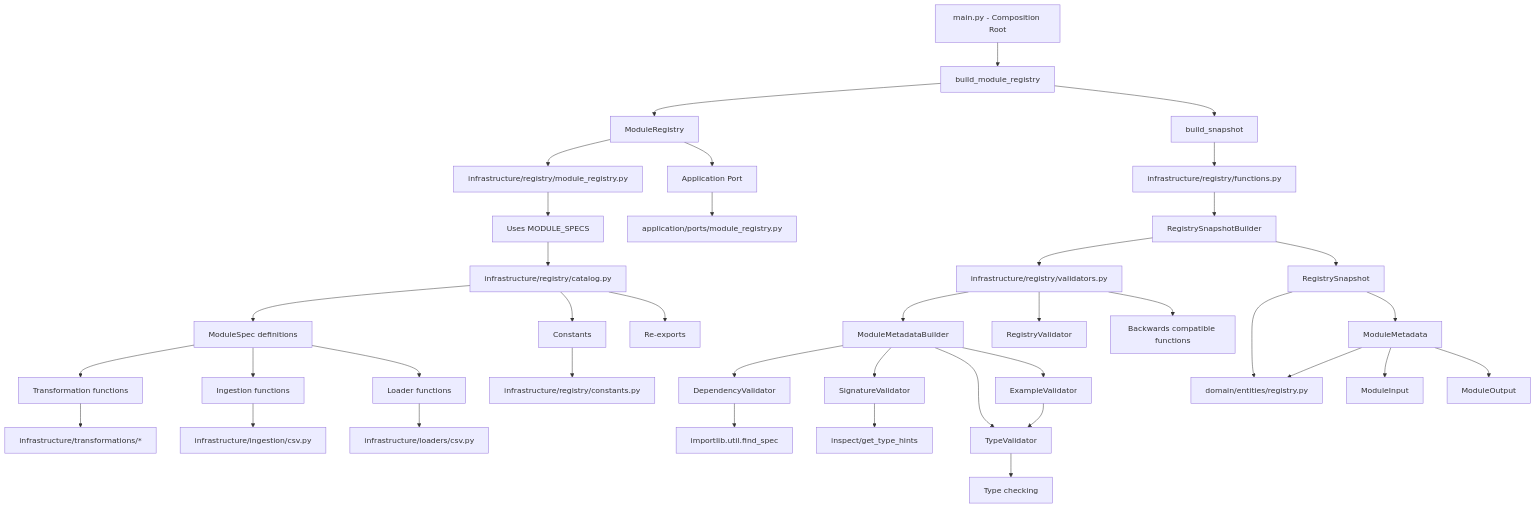
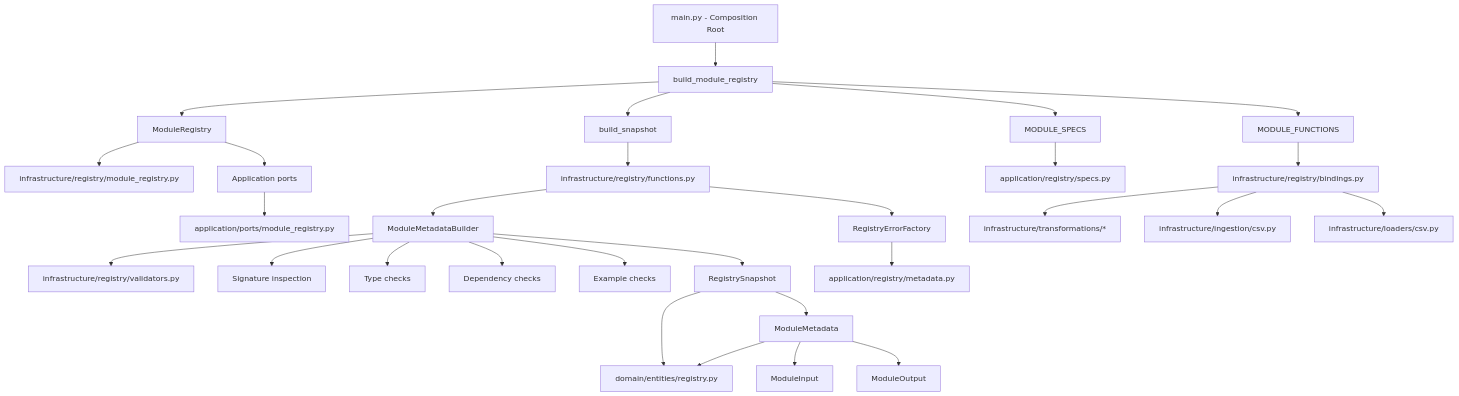
The diagram in registry_flow.mmd (erwingforerocastro/Agent-ETL-Builder), drawn with Mermaid before and after one commit. The commit also changed 81 other files, not shown here.

```diff
--- a/registry_flow.mmd
+++ b/registry_flow.mmd
@@ -1,39 +1,29 @@
 graph TD
     A[main.py - Composition Root] --> B[build_module_registry]
     B --> C[ModuleRegistry]
     C --> D[infrastructure/registry/module_registry.py]
     B --> E[build_snapshot]
     E --> F[infrastructure/registry/functions.py]
-    F --> G[RegistrySnapshotBuilder]
+    F --> G[ModuleMetadataBuilder]
     G --> H[infrastructure/registry/validators.py]
-    H --> I[ModuleMetadataBuilder]
-    I --> J[DependencyValidator]
-    I --> K[SignatureValidator]
-    I --> L[TypeValidator]
-    I --> M[ExampleValidator]
-    M --> L
-    J --> N[importlib.util.find_spec]
-    K --> O[inspect/get_type_hints]
-    L --> P[Type checking]
-    H --> Q[RegistryValidator]
-    G --> R[RegistrySnapshot]
-    R --> S[domain/entities/registry.py]
-    R --> T[ModuleMetadata]
-    T --> S
-    T --> U[ModuleInput]
-    T --> V[ModuleOutput]
-    C --> W[Application Port]
-    W --> X[application/ports/module_registry.py]
-    D --> Y[Uses MODULE_SPECS]
-    Y --> Z[infrastructure/registry/catalog.py]
-    Z --> AA[ModuleSpec definitions]
-    AA --> AB[Transformation functions]
-    AA --> AC[Ingestion functions]
-    AA --> AD[Loader functions]
-    AB --> AE[infrastructure/transformations/*]
-    AC --> AF[infrastructure/ingestion/csv.py]
-    AD --> AG[infrastructure/loaders/csv.py]
-    Z --> AH[Constants]
-    AH --> AI[infrastructure/registry/constants.py]
-    H --> AJ[Backwards compatible functions]
-    Z --> AK[Re-exports]
+    G --> I[Signature inspection]
+    G --> J[Type checks]
+    G --> K[Dependency checks]
+    G --> L[Example checks]
+    G --> M[RegistrySnapshot]
+    M --> N[domain/entities/registry.py]
+    M --> O[ModuleMetadata]
+    O --> N
+    O --> P[ModuleInput]
+    O --> Q[ModuleOutput]
+    C --> R[Application ports]
+    R --> S[application/ports/module_registry.py]
+    F --> T[RegistryErrorFactory]
+    T --> U[application/registry/metadata.py]
+    B --> V[MODULE_SPECS]
+    V --> W[application/registry/specs.py]
+    B --> X[MODULE_FUNCTIONS]
+    X --> Y[infrastructure/registry/bindings.py]
+    Y --> Z[infrastructure/transformations/*]
+    Y --> AA[infrastructure/ingestion/csv.py]
+    Y --> AB[infrastructure/loaders/csv.py]
```
